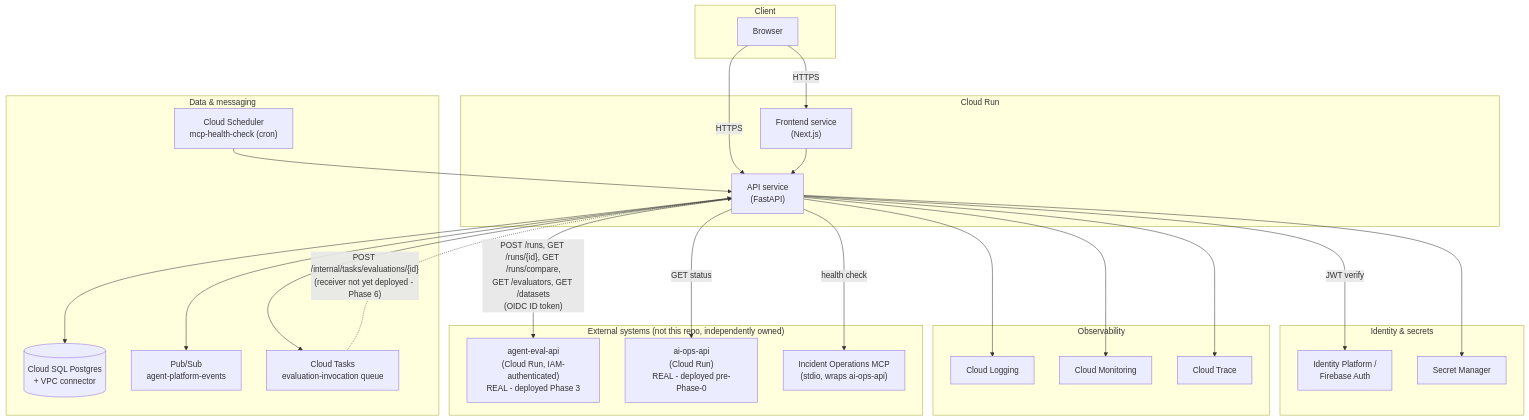
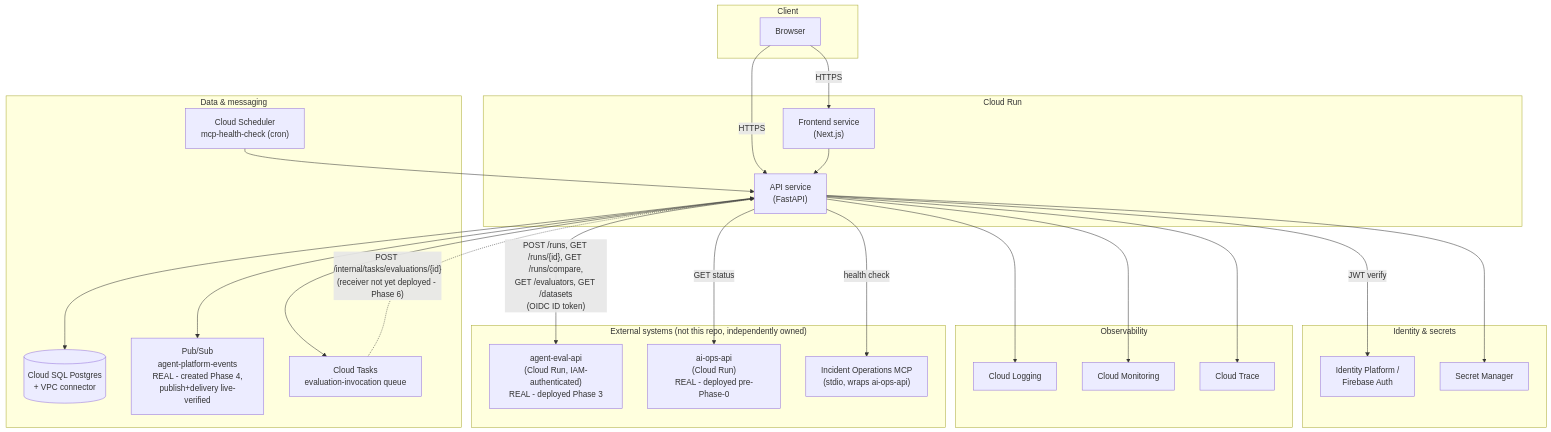
One commit to fegbewunmi/agent-developer-platform changed the diagram in docs/gcp-architecture.md. Above: the diagram before and after it, drawn with Mermaid. The commit also changed other lines of this file and 33 other files, not shown here.

````diff
--- a/docs/gcp-architecture.md
+++ b/docs/gcp-architecture.md
@@ -61,52 +61,52 @@
 ```mermaid
 flowchart TB
     subgraph Client
         Browser["Browser"]
     end
 
     subgraph CloudRun["Cloud Run"]
         FE["Frontend service\n(Next.js)"]
         API["API service\n(FastAPI)"]
     end
 
     subgraph Data["Data & messaging"]
         SQL[("Cloud SQL Postgres\n+ VPC connector")]
-        PubSub["Pub/Sub\nagent-platform-events"]
+        PubSub["Pub/Sub\nagent-platform-events\nREAL - created Phase 4,\npublish+delivery live-verified"]
         Tasks["Cloud Tasks\nevaluation-invocation queue"]
         Sched["Cloud Scheduler\nmcp-health-check (cron)"]
     end
 
     subgraph Sec["Identity & secrets"]
         IdP["Identity Platform /\nFirebase Auth"]
         SM["Secret Manager"]
     end
 
     subgraph Obs["Observability"]
         CL["Cloud Logging"]
         CM["Cloud Monitoring"]
         CT["Cloud Trace"]
     end
 
     subgraph External["External systems (not this repo, independently owned)"]
         AE["agent-eval-api\n(Cloud Run, IAM-authenticated)\nREAL - deployed Phase 3"]
         AO["ai-ops-api\n(Cloud Run)\nREAL - deployed pre-Phase-0"]
         MCP["Incident Operations MCP\n(stdio, wraps ai-ops-api)"]
     end
 
     Browser -- HTTPS --> FE
     Browser -- HTTPS --> API
     FE --> API
     API -- JWT verify --> IdP
     API <--> SQL
     API --> PubSub
     API --> Tasks
     Tasks -. "POST /internal/tasks/evaluations/{id}\n(receiver not yet deployed - Phase 6)" .-> API
     API -- "POST /runs, GET /runs/{id}, GET /runs/compare,\nGET /evaluators, GET /datasets\n(OIDC ID token)" --> AE
     API -- "GET status" --> AO
     Sched --> API
     API -- "health check" --> MCP
     API --> SM
     API --> CL
     API --> CM
     API --> CT
 ```
````
